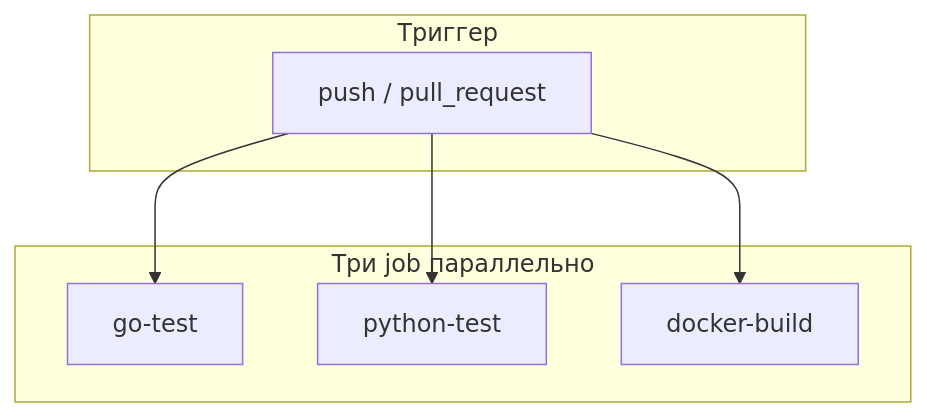
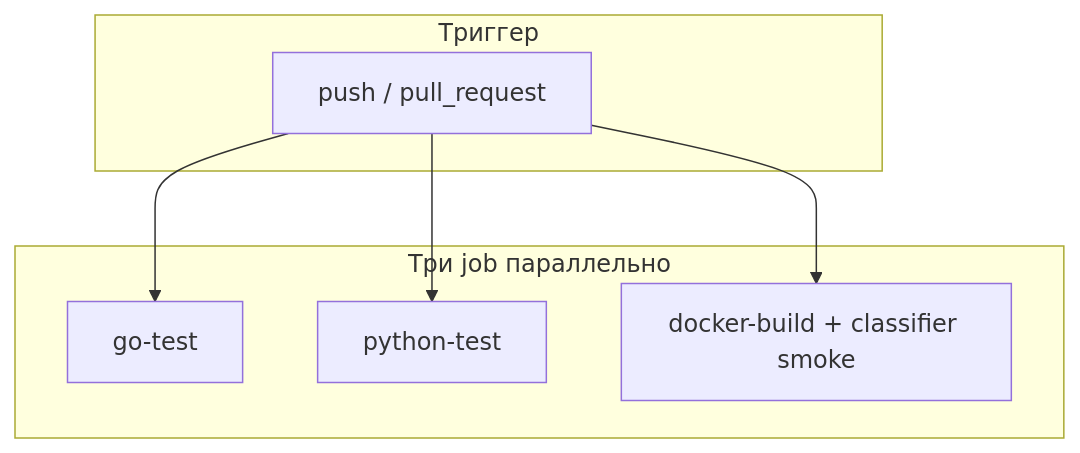
Before and after one commit to kantik001/grounded_horticulture_en: the diagram in docs/knowledge-base/github-ci.yml.md, drawn with Mermaid. The commit also changed other lines of this file and 542 other files, not shown here.

````diff
--- a/docs/knowledge-base/github-ci.yml.md
+++ b/docs/knowledge-base/github-ci.yml.md
@@ -45,14 +40,14 @@
 ```mermaid
 flowchart TB
     subgraph trigger [Триггер]
         P[push / pull_request]
     end
     subgraph jobs [Три job параллельно]
         G[go-test]
         PY[python-test]
-        D[docker-build]
+        D[docker-build + classifier smoke]
     end
     P --> G
     P --> PY
     P --> D
 ```
````
